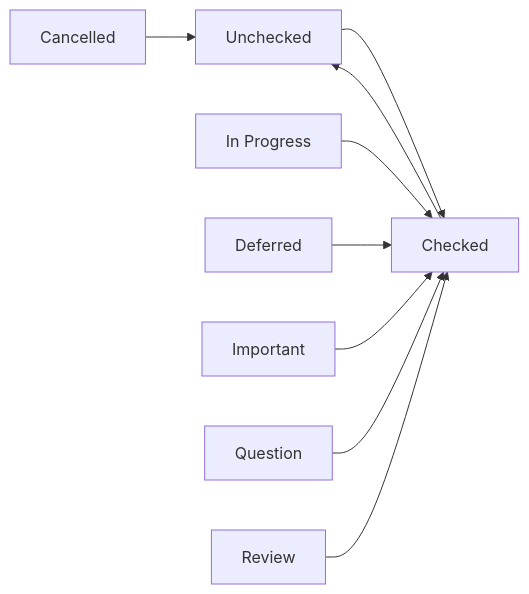
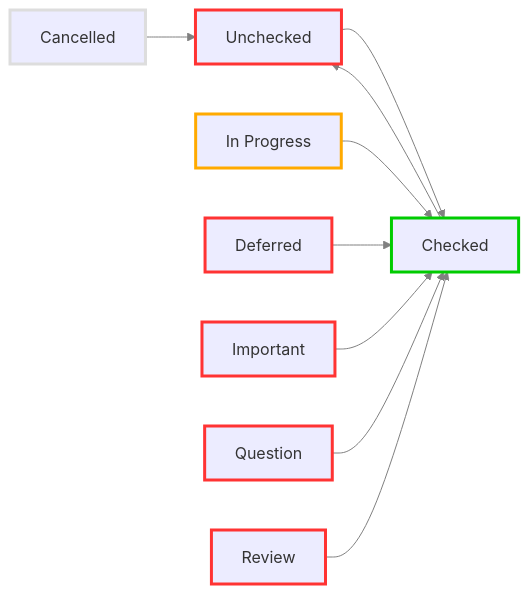
The diagram in tests/DocumentationSamples/DocsSamplesForStatuses.test.Theme_Ebullientworks_Table.approved.mermaid.md (obsidian-tasks-group/obsidian-tasks), drawn with Mermaid before and after one commit. The commit also changed 19 other files, not shown here.

Commit message:
feat: Show Status Type as coloured edges in Status Diagrams

````diff
--- a/tests/DocumentationSamples/DocsSamplesForStatuses.test.Theme_Ebullientworks_Table.approved.mermaid.md
+++ b/tests/DocumentationSamples/DocsSamplesForStatuses.test.Theme_Ebullientworks_Table.approved.mermaid.md
@@ -2,19 +2,28 @@
 ```mermaid
 flowchart LR
-1["Unchecked"]
-2["Checked"]
-3["Cancelled"]
-4["In Progress"]
-5["Deferred"]
-6["Important"]
-7["Question"]
-8["Review"]
+
+classDef TODO        stroke:#f33,stroke-width:3px;
+classDef DONE        stroke:#0c0,stroke-width:3px;
+classDef IN_PROGRESS stroke:#fa0,stroke-width:3px;
+classDef CANCELLED   stroke:#ddd,stroke-width:3px;
+classDef NON_TASK    stroke:#99e,stroke-width:3px;
+
+1["Unchecked"]:::TODO
+2["Checked"]:::DONE
+3["Cancelled"]:::CANCELLED
+4["In Progress"]:::IN_PROGRESS
+5["Deferred"]:::TODO
+6["Important"]:::TODO
+7["Question"]:::TODO
+8["Review"]:::TODO
 1 --> 2
 2 --> 1
 3 --> 1
 4 --> 2
 5 --> 2
 6 --> 2
 7 --> 2
 8 --> 2
+
+linkStyle default stroke:gray
 ```
````
